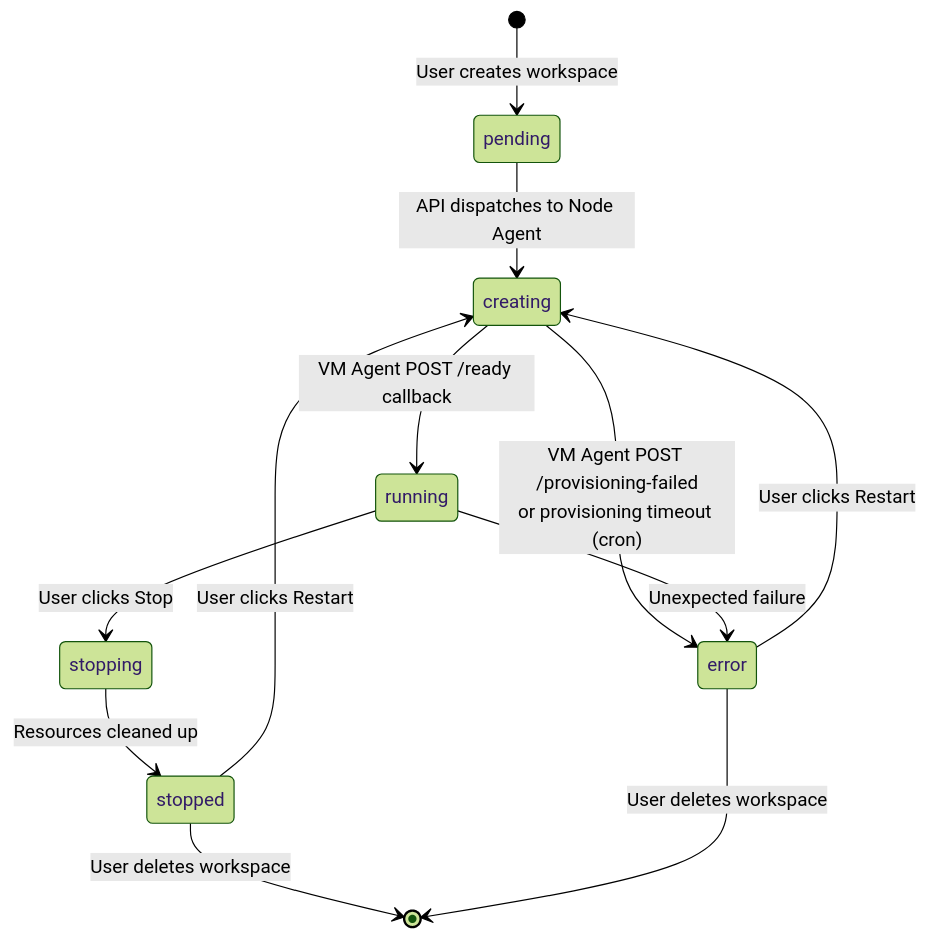
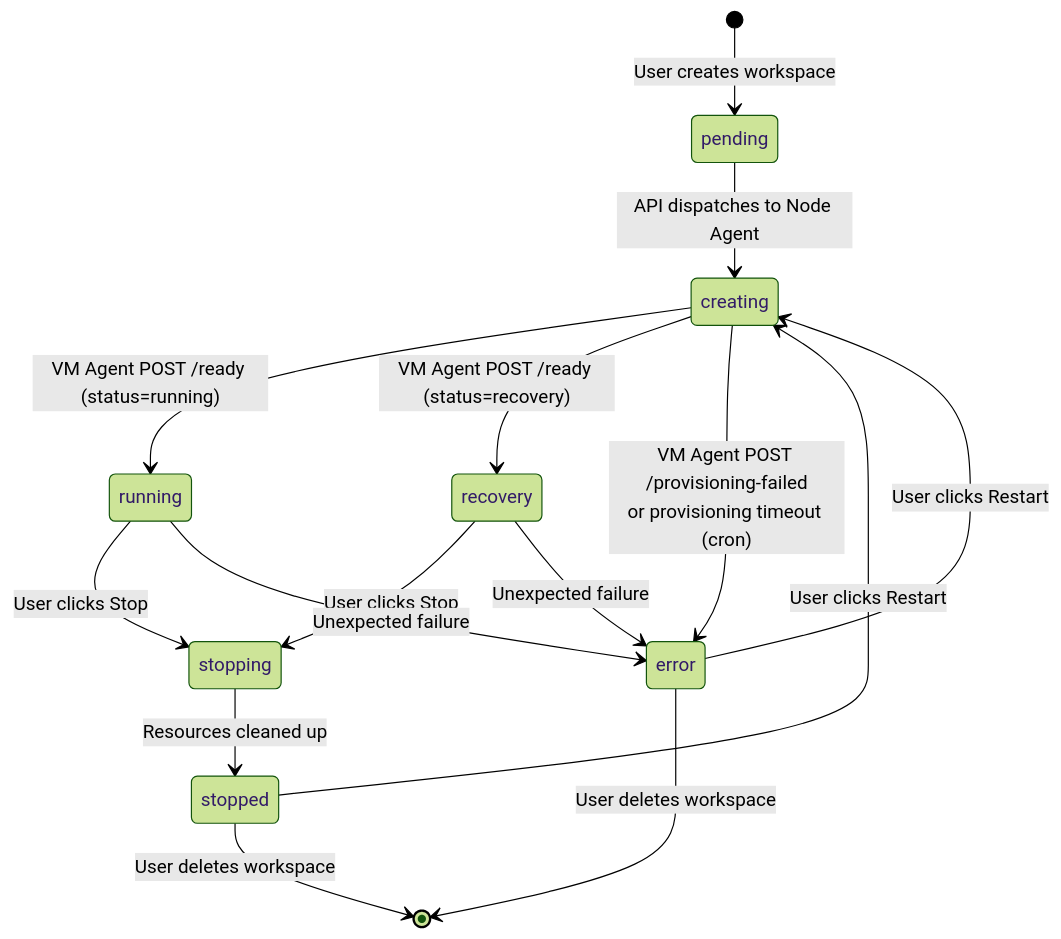
The seventh of 17 diagrams in docs/architecture/walkthrough.md (raphaeltm/simple-agent-manager), drawn with Mermaid (forest theme) before and after one commit. The commit also changed other lines of this file and 28 other files, not shown here.

Commit message:
Harden devcontainer bootstrap fallback and add recovery status

````diff
--- a/docs/architecture/walkthrough.md
+++ b/docs/architecture/walkthrough.md
@@ -482,19 +482,22 @@
 ```mermaid
 stateDiagram-v2
     [*] --> pending : User creates workspace
 
     pending --> creating : API dispatches to Node Agent
-    creating --> running : VM Agent POST /ready callback
+    creating --> running : VM Agent POST /ready (status=running)
+    creating --> recovery : VM Agent POST /ready (status=recovery)
     creating --> error : VM Agent POST /provisioning-failed<br/>or provisioning timeout (cron)
 
     running --> stopping : User clicks Stop
+    recovery --> stopping : User clicks Stop
     stopping --> stopped : Resources cleaned up
 
     running --> error : Unexpected failure
+    recovery --> error : Unexpected failure
 
     stopped --> creating : User clicks Restart
     error --> creating : User clicks Restart
 
     stopped --> [*] : User deletes workspace
     error --> [*] : User deletes workspace
 ```
````
